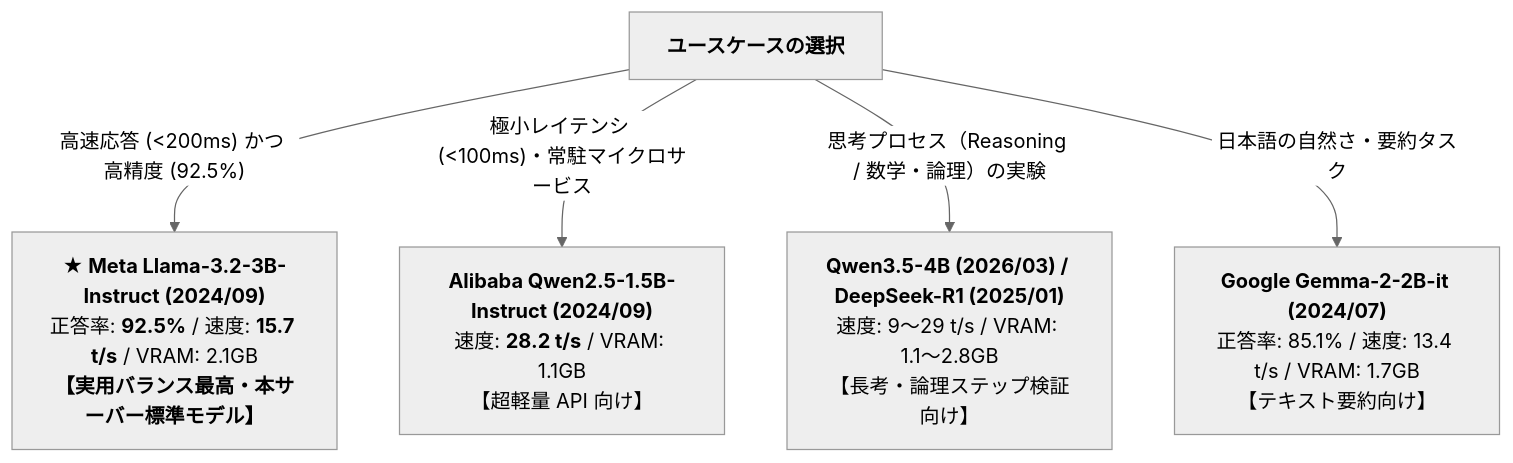
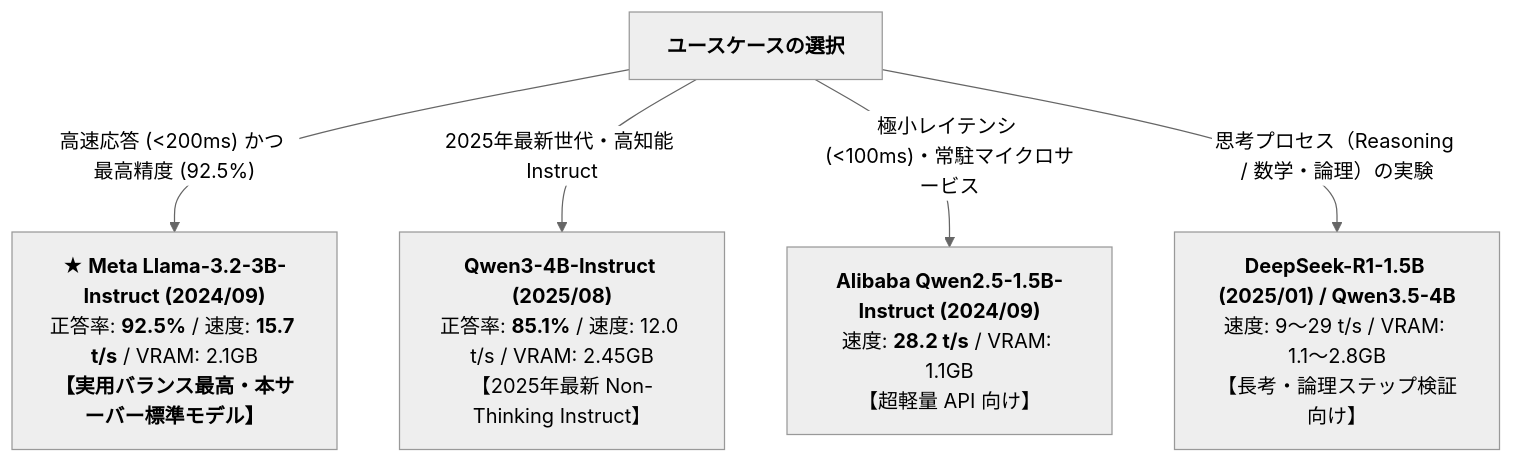
The diagram in wsl-server/note/12_working_models_comprehensive_benchmark_report.md (AobaIwaki123/ai-workspace), drawn with Mermaid (neutral theme) before and after one commit. The commit also changed other lines of this file and 1 other file, not shown here.

Commit message:
feat(wsl-server): 2025年最新Instructモデル(Qwen3-4B-Instruct, Phi-4-mini)の実機測定結果を反映した全11モデル包括レポート

````diff
--- a/wsl-server/note/12_working_models_comprehensive_benchmark_report.md
+++ b/wsl-server/note/12_working_models_comprehensive_benchmark_report.md
@@ -83,8 +86,8 @@
 ```mermaid
 graph TD
     User["<b>ユースケースの選択</b>"]
-    User -->|"高速応答 (<200ms) かつ 高精度 (92.5%)"| Llama["<b>★ Meta Llama-3.2-3B-Instruct (2024/09)</b><br>正答率: <b>92.5%</b> / 速度: <b>15.7 t/s</b> / VRAM: 2.1GB<br><b>【実用バランス最高・本サーバー標準モデル】</b>"]
+    User -->|"高速応答 (<200ms) かつ 最高精度 (92.5%)"| Llama["<b>★ Meta Llama-3.2-3B-Instruct (2024/09)</b><br>正答率: <b>92.5%</b> / 速度: <b>15.7 t/s</b> / VRAM: 2.1GB<br><b>【実用バランス最高・本サーバー標準モデル】</b>"]
+    User -->|"2025年最新世代・高知能 Instruct"| Qwen3["<b>Qwen3-4B-Instruct (2025/08)</b><br>正答率: <b>85.1%</b> / 速度: 12.0 t/s / VRAM: 2.45GB<br>【2025年最新 Non-Thinking Instruct】"]
     User -->|"極小レイテンシ (<100ms)・常駐マイクロサービス"| Qwen15["<b>Alibaba Qwen2.5-1.5B-Instruct (2024/09)</b><br>速度: <b>28.2 t/s</b> / VRAM: 1.1GB<br>【超軽量 API 向け】"]
-    User -->|"思考プロセス（Reasoning / 数学・論理）の実験"| Qwen35["<b>Qwen3.5-4B (2026/03) / DeepSeek-R1 (2025/01)</b><br>速度: 9〜29 t/s / VRAM: 1.1〜2.8GB<br>【長考・論理ステップ検証向け】"]
-    User -->|"日本語の自然さ・要約タスク"| Gemma["<b>Google Gemma-2-2B-it (2024/07)</b><br>正答率: 85.1% / 速度: 13.4 t/s / VRAM: 1.7GB<br>【テキスト要約向け】"]
+    User -->|"思考プロセス（Reasoning / 数学・論理）の実験"| DeepSeek["<b>DeepSeek-R1-1.5B (2025/01) / Qwen3.5-4B</b><br>速度: 9〜29 t/s / VRAM: 1.1〜2.8GB<br>【長考・論理ステップ検証向け】"]
 ```
````
